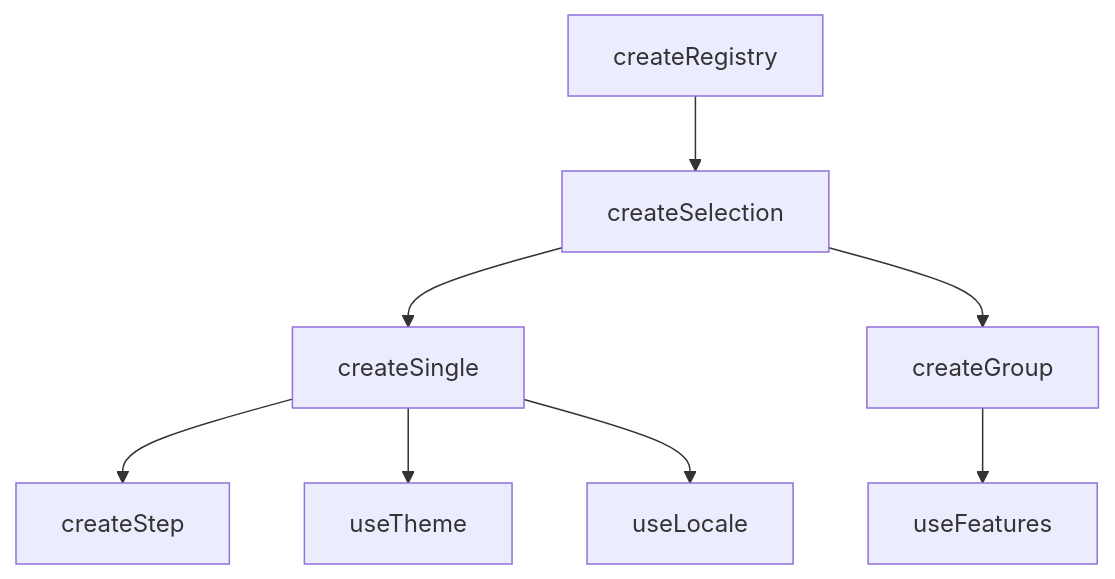
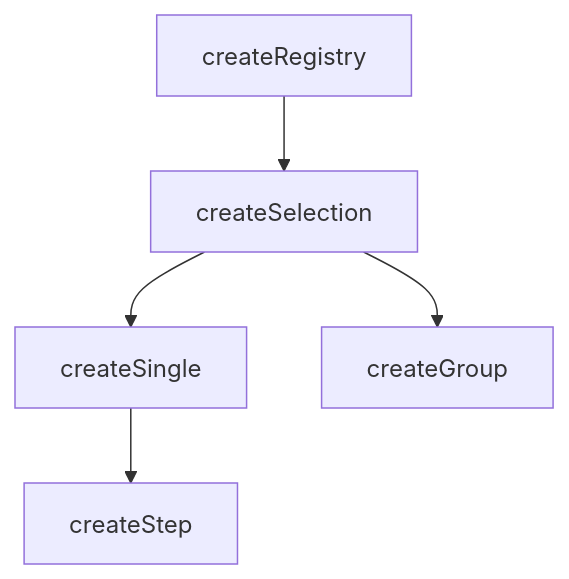
Before and after one commit to vuetifyjs/0: the diagram in apps/docs/src/pages/composables/selection/create-selection.md, drawn with Mermaid. The commit also changed other lines of this file and 18 other files, not shown here.

````diff
--- a/apps/docs/src/pages/composables/selection/create-selection.md
+++ b/apps/docs/src/pages/composables/selection/create-selection.md
@@ -50,10 +50,7 @@
 ```mermaid "Selection Hierarchy"
 flowchart TD
   createRegistry --> createSelection
   createSelection --> createSingle
   createSelection --> createGroup
   createSingle --> createStep
-  createSingle --> useTheme
-  createSingle --> useLocale
-  createGroup --> useFeatures
 ```
````
